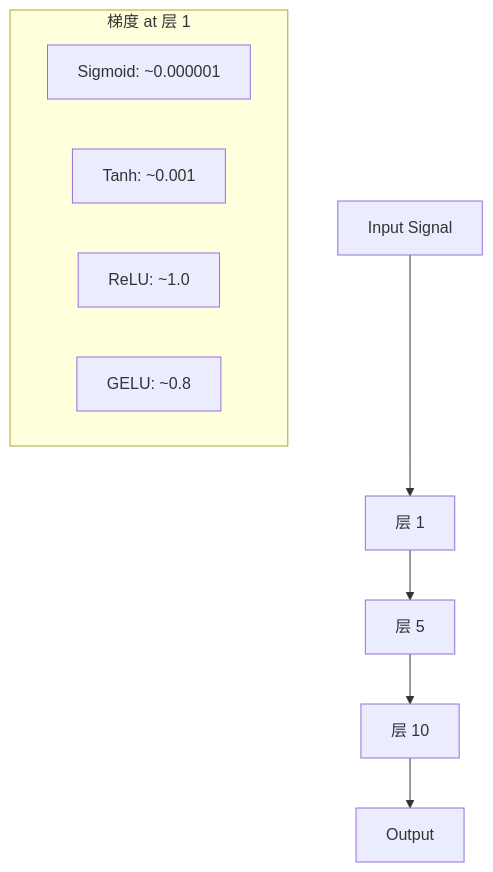
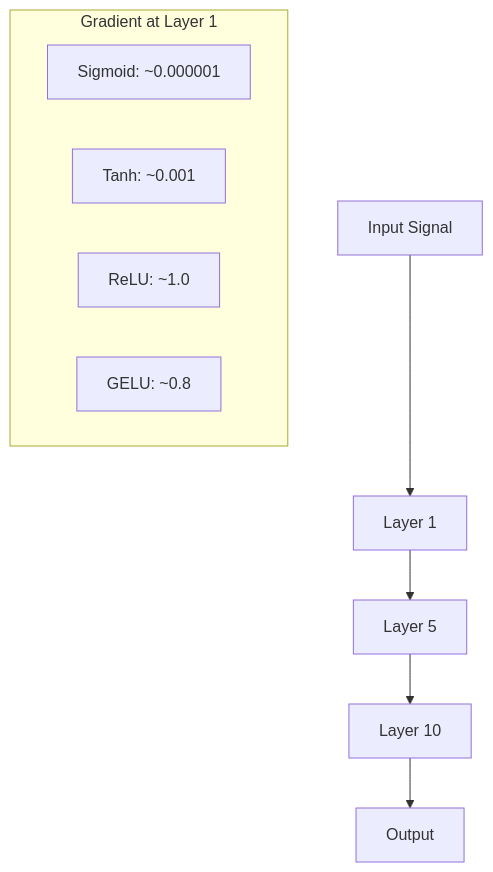
Before and after one commit to arwei944/ai-engineering-from-scratch: the second of 3 diagrams in phases/03-deep-learning-core/04-activation-functions/docs/zh.md, drawn with Mermaid. The commit also changed other lines of this file and 65 other files, not shown here.

````diff
--- a/phases/03-deep-learning-core/04-activation-functions/docs/zh.md
+++ b/phases/03-deep-learning-core/04-activation-functions/docs/zh.md
@@ -185,14 +185,14 @@
 ```mermaid
 graph TD
-    Input["Input Signal"] --> L1["层 1"]
-    L1 --> L5["层 5"]
-    L5 --> L10["层 10"]
+    Input["Input Signal"] --> L1["Layer 1"]
+    L1 --> L5["Layer 5"]
+    L5 --> L10["Layer 10"]
     L10 --> Output["Output"]
 
-    subgraph "梯度 at 层 1"
+    subgraph "Gradient at Layer 1"
         SigGrad["Sigmoid: ~0.000001"]
         TanhGrad["Tanh: ~0.001"]
         ReluGrad["ReLU: ~1.0"]
         GeluGrad["GELU: ~0.8"]
     end
 ```
````
